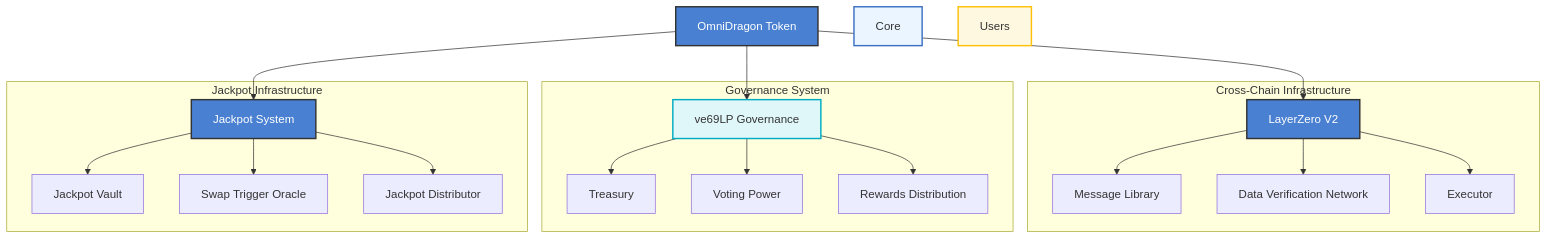
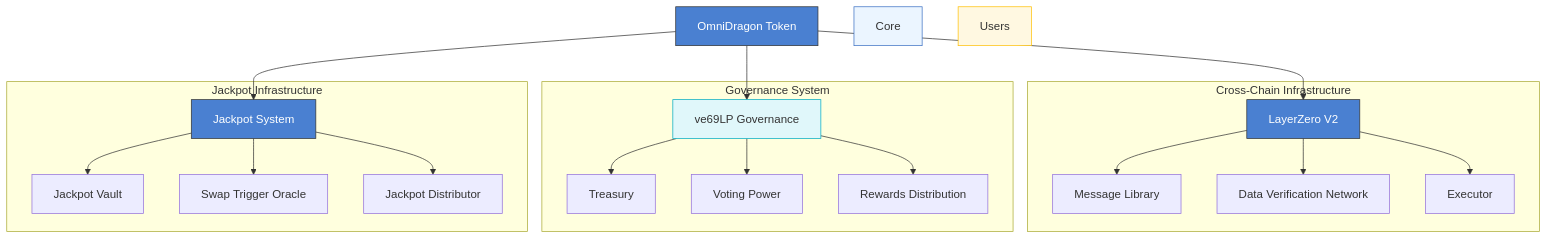
One commit to wenakita/sonicreddragon-docs changed the first of 7 diagrams in docs/diagrams/dragon_ecosystem_diagram.md. Above: the diagram before and after it, drawn with Mermaid. The commit also changed other lines of this file and 28 other files, not shown here.

````diff
--- a/docs/diagrams/dragon_ecosystem_diagram.md
+++ b/docs/diagrams/dragon_ecosystem_diagram.md
@@ -15,46 +15,46 @@
 ```mermaid
 flowchart TD
     Token["OmniDragon Token"] --> LZ["LayerZero V2"]
     Token --> Governance["ve69LP Governance"]
     Token --> JackpotSystem["Jackpot System"]
     
     subgraph "Cross-Chain Infrastructure"
         LZ
         MessageLib["Message Library"]
         DVN["Data Verification Network"]
         Executor["Executor"]
     end
     
     subgraph "Governance System"
         Governance
         Treasury["Treasury"]
         VotingPower["Voting Power"]
         Rewards["Rewards Distribution"]
     end
     
     subgraph "Jackpot Infrastructure"
         JackpotSystem
         JackpotVault["Jackpot Vault"]
         SwapTrigger["Swap Trigger Oracle"]
         Distributor["Jackpot Distributor"]
     end
     
     LZ --> MessageLib
     LZ --> DVN
     LZ --> Executor
     
     Governance --> Treasury
     Governance --> VotingPower
     Governance --> Rewards
     
     JackpotSystem --> JackpotVault
     JackpotSystem --> SwapTrigger
     JackpotSystem --> Distributor
     
-    classDef highlight fill:#4a80d1,stroke:#333,stroke-width:2px,color:white;
+    classDef highlight fill:#4a80d1,stroke:#333,color:white;
     class Token,LZ,Governance,JackpotSystem highlight
 
-    style Core fill:#ebf5ff,stroke:#3c71c3,stroke-width:2px,color:#333
-    style Users fill:#fff8e1,stroke:#ffc107,stroke-width:2px,color:#333
-    style Governance fill:#e0f7fa,stroke:#00acc1,stroke-width:2px,color:#333
+    style Core fill:#ebf5ff,stroke:#3c71c3,color:#333
+    style Users fill:#fff8e1,stroke:#ffc107,color:#333
+    style Governance fill:#e0f7fa,stroke:#00acc1,color:#333
 ```
````
